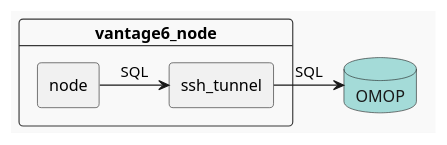
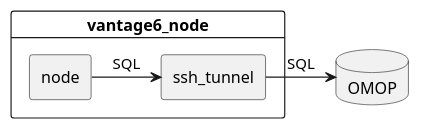
The second of 3 diagrams in docs/index.rst (vantage6/python-ohdsi), drawn with PlantUML before and after one commit. The commit also changed other lines of this file, not shown here.

Commit message:
Removed `!theme` directive

```diff
--- a/docs/index.rst
+++ b/docs/index.rst
@@ -74,12 +74,12 @@
 .. uml::
 
     @startuml
-        !theme mars
+
         card vantage6_node as v6 {
             rectangle node as core
             rectangle ssh_tunnel as tunnel
         }
         database OMOP
         core -right-> tunnel : SQL
         tunnel -> OMOP : SQL
     @enduml
```
